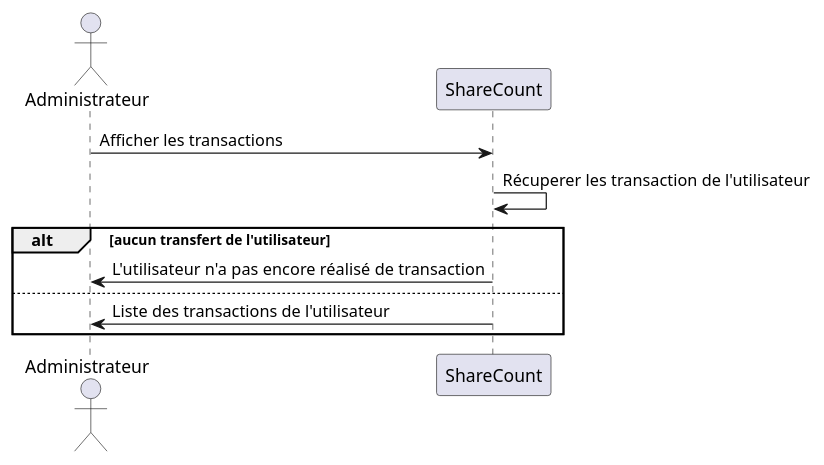
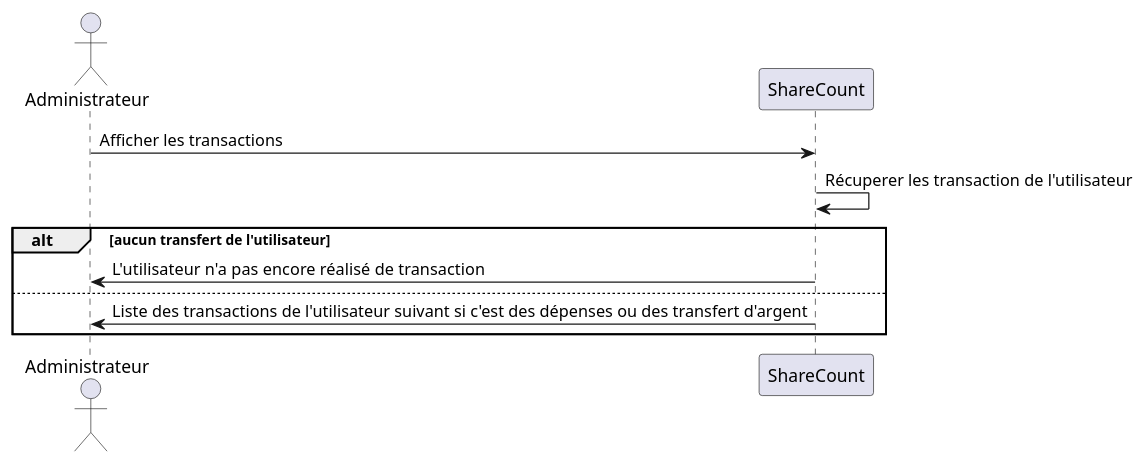
The diagram in diagrammes/specification/sequence/admin-afficher-transactions-profil-utilisateur.puml (lmtb06/sharecount), drawn with PlantUML before and after one commit. The commit also changed 5 other files, not shown here.

Commit message:
Ajout de la gestion de notification deans les diagrammes de package

```diff
--- a/diagrammes/specification/sequence/admin-afficher-transactions-profil-utilisateur.puml
+++ b/diagrammes/specification/sequence/admin-afficher-transactions-profil-utilisateur.puml
@@ -1,12 +1,12 @@
 @startuml "Afficher les transactions d’un profil utilisateur (admin)"
 actor Administrateur as a
 participant ShareCount as sc
 
 a 	-> 	sc : Afficher les transactions
 sc 	->	sc : Récuperer les transaction de l'utilisateur
 alt aucun transfert de l'utilisateur
 a 	<- 	sc : L'utilisateur n'a pas encore réalisé de transaction
 else
-a 	<- 	sc : Liste des transactions de l'utilisateur
+a 	<- 	sc : Liste des transactions de l'utilisateur suivant si c'est des dépenses ou des transfert d'argent
 end
 @enduml
```
